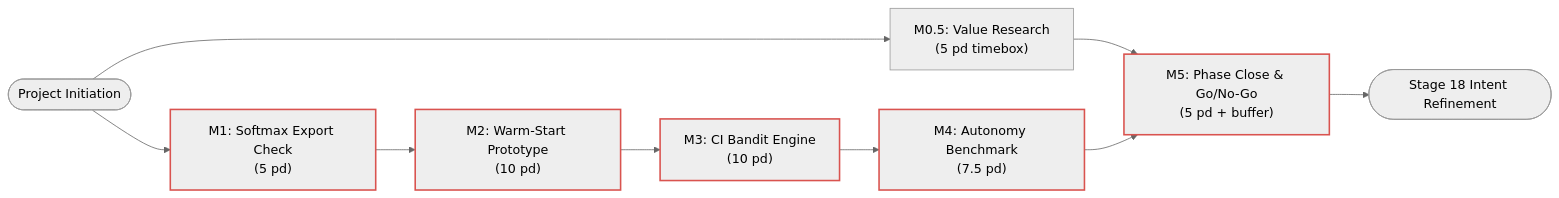
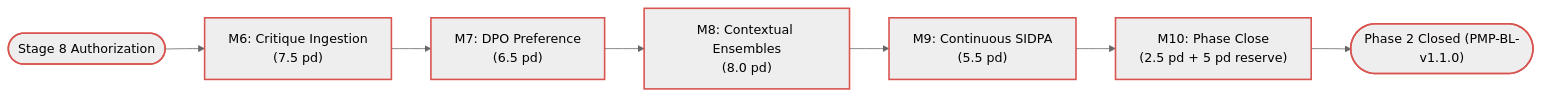
The diagram in docs/project-docs/management-plans/Schedule-Management-Plan.md (mdresch/agent-learning), drawn with Mermaid (neutral theme) before and after one commit. The commit also changed other lines of this file and 187 other files, not shown here.

Commit message:
feat(phase2): stage 1-8 governance foundation packs, decision frames, and epic 14 critique-evidence implementation

````diff
--- a/docs/project-docs/management-plans/Schedule-Management-Plan.md
+++ b/docs/project-docs/management-plans/Schedule-Management-Plan.md
@@ -89,14 +74,12 @@
 ```mermaid
 flowchart LR
-    START(["Project Initiation"]) --> M05["M0.5: Value Research<br/>(5 pd timebox)"]
-    START --> M1["M1: Softmax Export Check<br/>(5 pd)"]
-    M1 --> M2["M2: Warm-Start Prototype<br/>(10 pd)"]
-    M2 --> M3["M3: CI Bandit Engine<br/>(10 pd)"]
-    M3 --> M4["M4: Autonomy Benchmark<br/>(7.5 pd)"]
-    M05 --> M5["M5: Phase Close & Go/No-Go<br/>(5 pd + buffer)"]
-    M4 --> M5
-    M5 --> END(["Stage 18 Intent Refinement"])
+    S8(["Stage 8 Authorization"]) --> M6["M6: Critique Ingestion<br/>(7.5 pd)"]
+    M6 --> M7["M7: DPO Preference<br/>(6.5 pd)"]
+    M7 --> M8["M8: Contextual Ensembles<br/>(8.0 pd)"]
+    M8 --> M9["M9: Continuous SIDPA<br/>(5.5 pd)"]
+    M9 --> M10["M10: Phase Close<br/>(2.5 pd + 5 pd reserve)"]
+    M10 --> END(["Phase 2 Closed (PMP-BL-v1.1.0)"])
 
     classDef cp stroke:#d9534f,stroke-width:2px;
-    class M1,M2,M3,M4,M5 cp;
+    class S8,M6,M7,M8,M9,M10,END cp;
 ```
````
